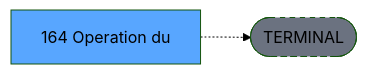
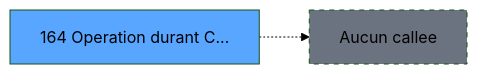
Before and after one commit to thonyAGP/lecteur-magic: the third of 3 diagrams in .openspec/specs/ADH-IDE-164.md, drawn with Mermaid (forest theme). The commit also changed other lines of this file and 96 other files, not shown here.

````diff
--- a/.openspec/specs/ADH-IDE-164.md
+++ b/.openspec/specs/ADH-IDE-164.md
@@ -134,8 +151,8 @@
 ```mermaid
 graph LR
-    T[164    Operation du]
-    TERM([TERMINAL])
-    T -.-> TERM
-    style TERM fill:#6b7280,stroke-dasharray: 5 5
-    style T fill:#58a6ff,color:#000
+    T164[164 Operation durant C...]
+    style T164 fill:#58a6ff
+    NONE[Aucun callee]
+    T164 -.-> NONE
+    style NONE fill:#6b7280,stroke-dasharray: 5 5
 ```
````
